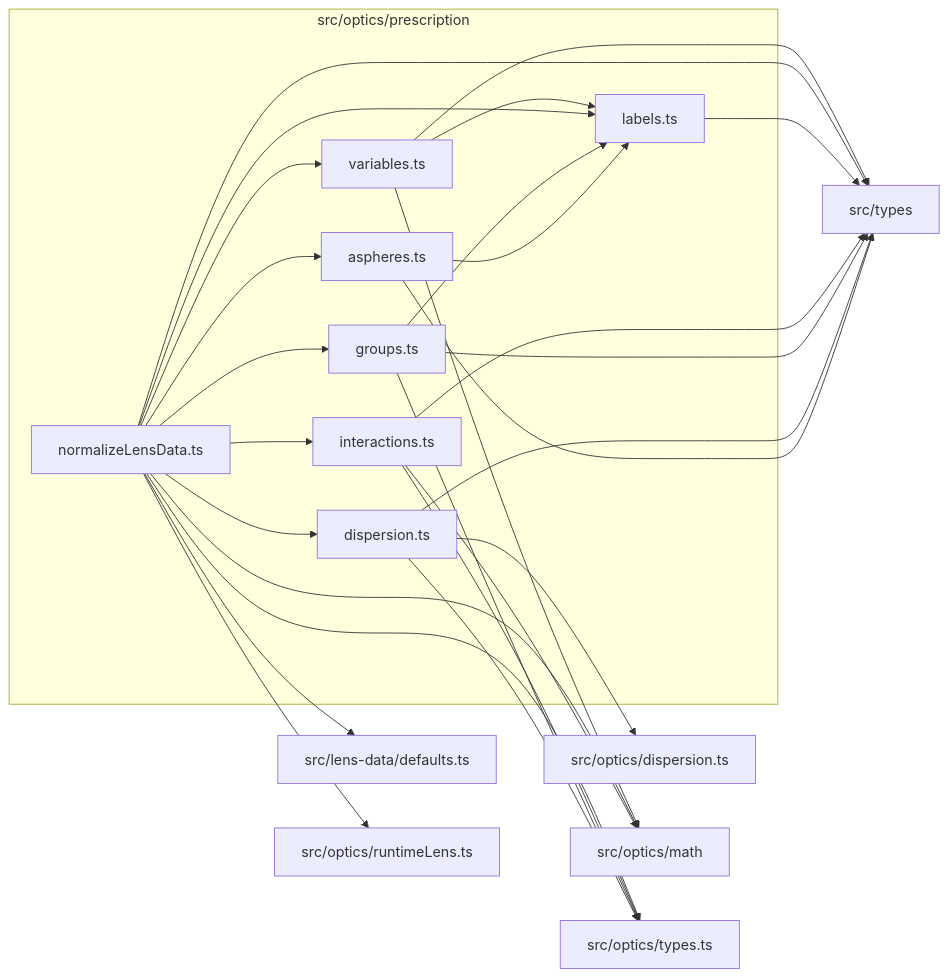
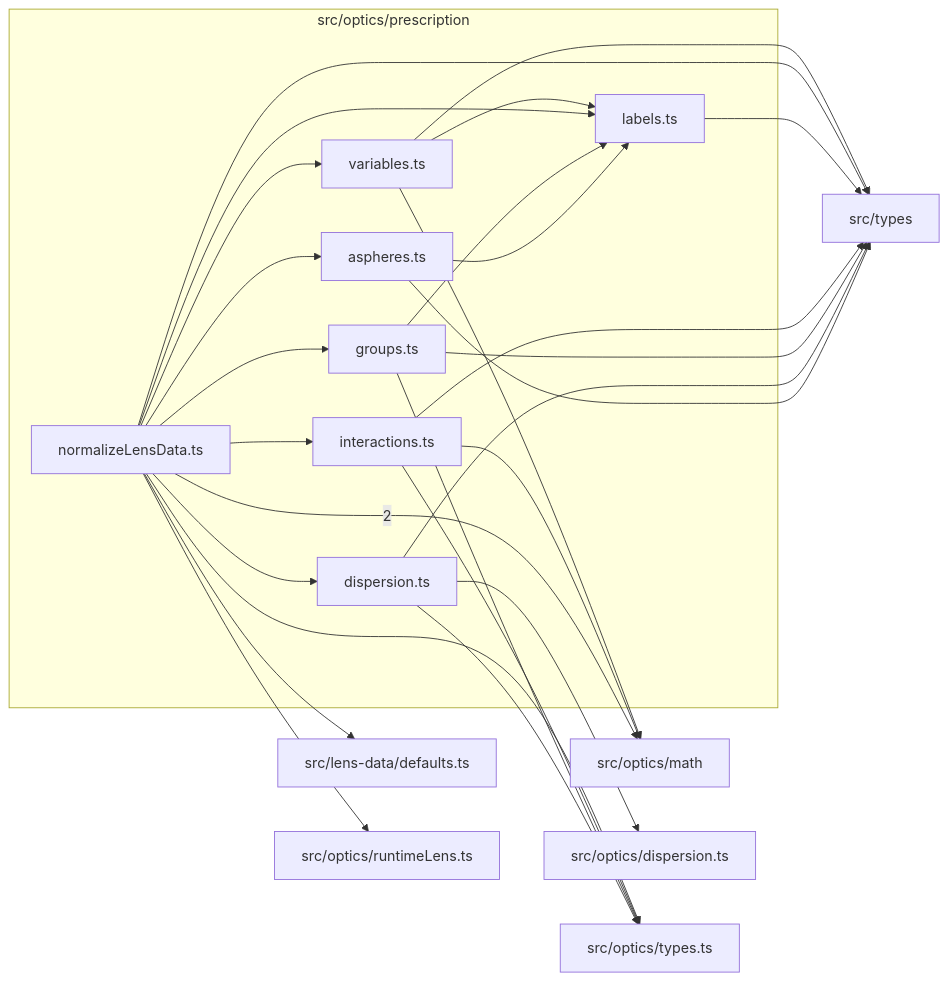
Before and after one commit to ronbuening/LensVisualizer: the diagram in src/optics/prescription/readme.md, drawn with Mermaid. The commit also changed other lines of this file and 38 other files, not shown here.

````diff
--- a/src/optics/prescription/readme.md
+++ b/src/optics/prescription/readme.md
@@ -9,44 +9,44 @@
 ```mermaid
 flowchart LR
   subgraph n_src_optics_prescription["src/optics/prescription"]
     n_src_optics_prescription_src_optics_prescription_aspheres_ts["aspheres.ts"]
     n_src_optics_prescription_src_optics_prescription_dispersion_ts["dispersion.ts"]
     n_src_optics_prescription_src_optics_prescription_groups_ts["groups.ts"]
     n_src_optics_prescription_src_optics_prescription_interactions_ts["interactions.ts"]
     n_src_optics_prescription_src_optics_prescription_labels_ts["labels.ts"]
     n_src_optics_prescription_src_optics_prescription_normalizeLensData_ts["normalizeLensData.ts"]
     n_src_optics_prescription_src_optics_prescription_variables_ts["variables.ts"]
   end
+  n_external_src_optics_math["src/optics/math"]
   n_external_src_lens_data_defaults_ts["src/lens-data/defaults.ts"]
   n_external_src_optics_dispersion_ts["src/optics/dispersion.ts"]
-  n_external_src_optics_math["src/optics/math"]
   n_external_src_optics_runtimeLens_ts["src/optics/runtimeLens.ts"]
   n_external_src_optics_types_ts["src/optics/types.ts"]
   n_external_src_types["src/types"]
+  n_src_optics_prescription_src_optics_prescription_normalizeLensData_ts --> |2| n_external_src_optics_math
   n_src_optics_prescription_src_optics_prescription_normalizeLensData_ts --> n_external_src_lens_data_defaults_ts
   n_src_optics_prescription_src_optics_prescription_dispersion_ts --> n_external_src_optics_dispersion_ts
   n_src_optics_prescription_src_optics_prescription_interactions_ts --> n_external_src_optics_math
-  n_src_optics_prescription_src_optics_prescription_normalizeLensData_ts --> n_external_src_optics_math
   n_src_optics_prescription_src_optics_prescription_variables_ts --> n_external_src_optics_math
   n_src_optics_prescription_src_optics_prescription_normalizeLensData_ts --> n_external_src_optics_runtimeLens_ts
   n_src_optics_prescription_src_optics_prescription_dispersion_ts --> n_external_src_optics_types_ts
   n_src_optics_prescription_src_optics_prescription_groups_ts --> n_external_src_optics_types_ts
   n_src_optics_prescription_src_optics_prescription_interactions_ts --> n_external_src_optics_types_ts
   n_src_optics_prescription_src_optics_prescription_normalizeLensData_ts --> n_external_src_optics_types_ts
   n_src_optics_prescription_src_optics_prescription_aspheres_ts --> n_external_src_types
   n_src_optics_prescription_src_optics_prescription_dispersion_ts --> n_external_src_types
   n_src_optics_prescription_src_optics_prescription_groups_ts --> n_external_src_types
   n_src_optics_prescription_src_optics_prescription_interactions_ts --> n_external_src_types
   n_src_optics_prescription_src_optics_prescription_labels_ts --> n_external_src_types
   n_src_optics_prescription_src_optics_prescription_normalizeLensData_ts --> n_external_src_types
   n_src_optics_prescription_src_optics_prescription_variables_ts --> n_external_src_types
   n_src_optics_prescription_src_optics_prescription_normalizeLensData_ts --> n_src_optics_prescription_src_optics_prescription_aspheres_ts
   n_src_optics_prescription_src_optics_prescription_normalizeLensData_ts --> n_src_optics_prescription_src_optics_prescription_dispersion_ts
   n_src_optics_prescription_src_optics_prescription_normalizeLensData_ts --> n_src_optics_prescription_src_optics_prescription_groups_ts
   n_src_optics_prescription_src_optics_prescription_normalizeLensData_ts --> n_src_optics_prescription_src_optics_prescription_interactions_ts
   n_src_optics_prescription_src_optics_prescription_aspheres_ts --> n_src_optics_prescription_src_optics_prescription_labels_ts
   n_src_optics_prescription_src_optics_prescription_groups_ts --> n_src_optics_prescription_src_optics_prescription_labels_ts
   n_src_optics_prescription_src_optics_prescription_normalizeLensData_ts --> n_src_optics_prescription_src_optics_prescription_labels_ts
   n_src_optics_prescription_src_optics_prescription_variables_ts --> n_src_optics_prescription_src_optics_prescription_labels_ts
   n_src_optics_prescription_src_optics_prescription_normalizeLensData_ts --> n_src_optics_prescription_src_optics_prescription_variables_ts
 ```
````
